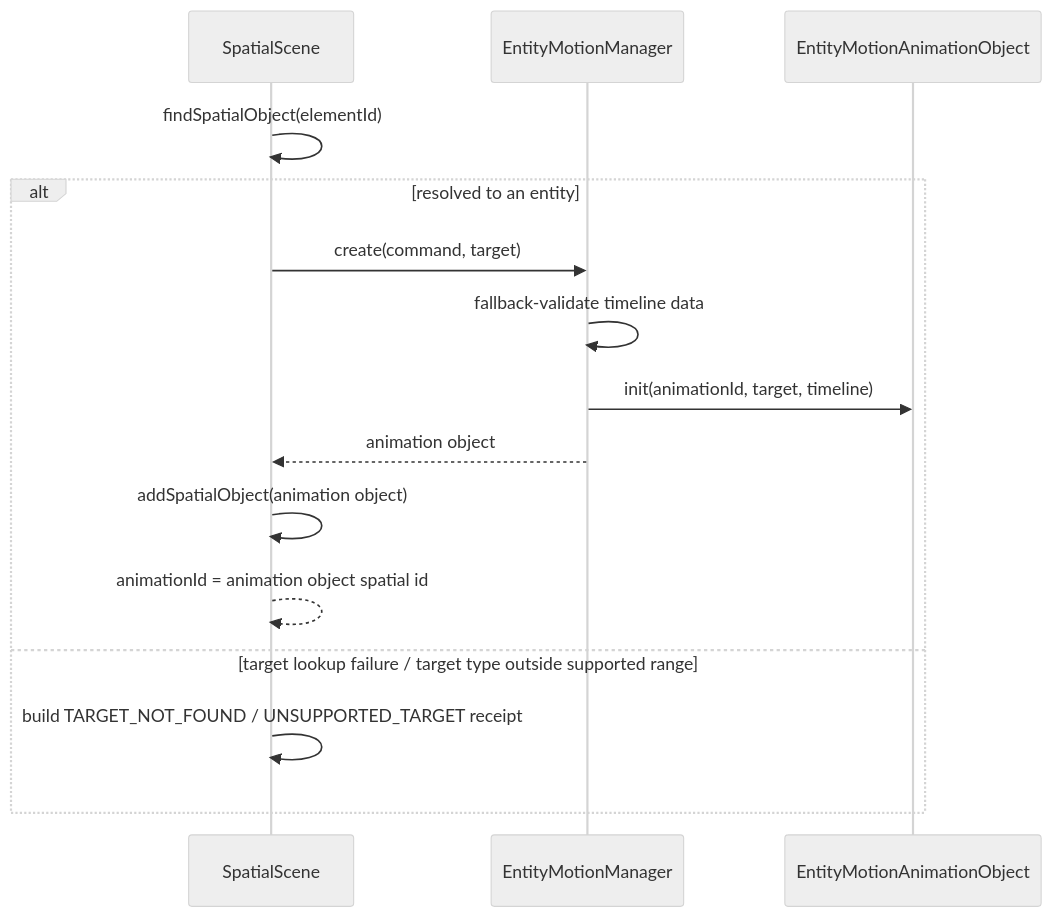
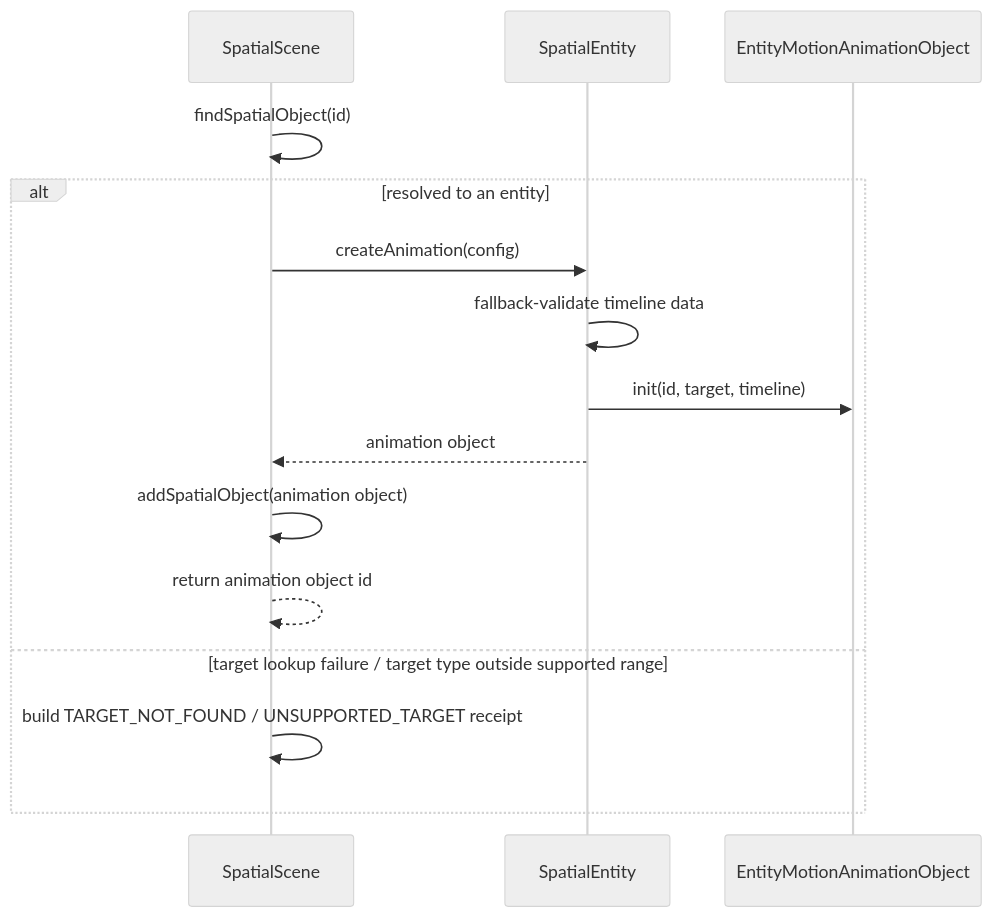
One commit to webspatial/webspatial-sdk changed the tenth of 14 diagrams in openspec/changes/redesign-entity-motion-api/design.md. Above: the diagram before and after it, drawn with Mermaid (neutral theme). The commit also changed other lines of this file and 7 other files, not shown here.

````diff
--- a/openspec/changes/redesign-entity-motion-api/design.md
+++ b/openspec/changes/redesign-entity-motion-api/design.md
@@ -1065,18 +1141,18 @@
 ```mermaid
 sequenceDiagram
     participant Scene as SpatialScene
-    participant Manager as EntityMotionManager
+    participant Entity as SpatialEntity
     participant Obj as EntityMotionAnimationObject
 
-    Scene->>Scene: findSpatialObject(elementId)
+    Scene->>Scene: findSpatialObject(id)
     alt resolved to an entity
-        Scene->>Manager: create(command, target)
-        Manager->>Manager: fallback-validate timeline data
-        Manager->>Obj: init(animationId, target, timeline)
-        Manager-->>Scene: animation object
+        Scene->>Entity: createAnimation(config)
+        Entity->>Entity: fallback-validate timeline data
+        Entity->>Obj: init(id, target, timeline)
+        Entity-->>Scene: animation object
         Scene->>Scene: addSpatialObject(animation object)
-        Scene-->>Scene: animationId = animation object spatial id
+        Scene-->>Scene: return animation object id
     else target lookup failure / target type outside supported range
         Scene->>Scene: build TARGET_NOT_FOUND / UNSUPPORTED_TARGET receipt
     end
 ```
````
